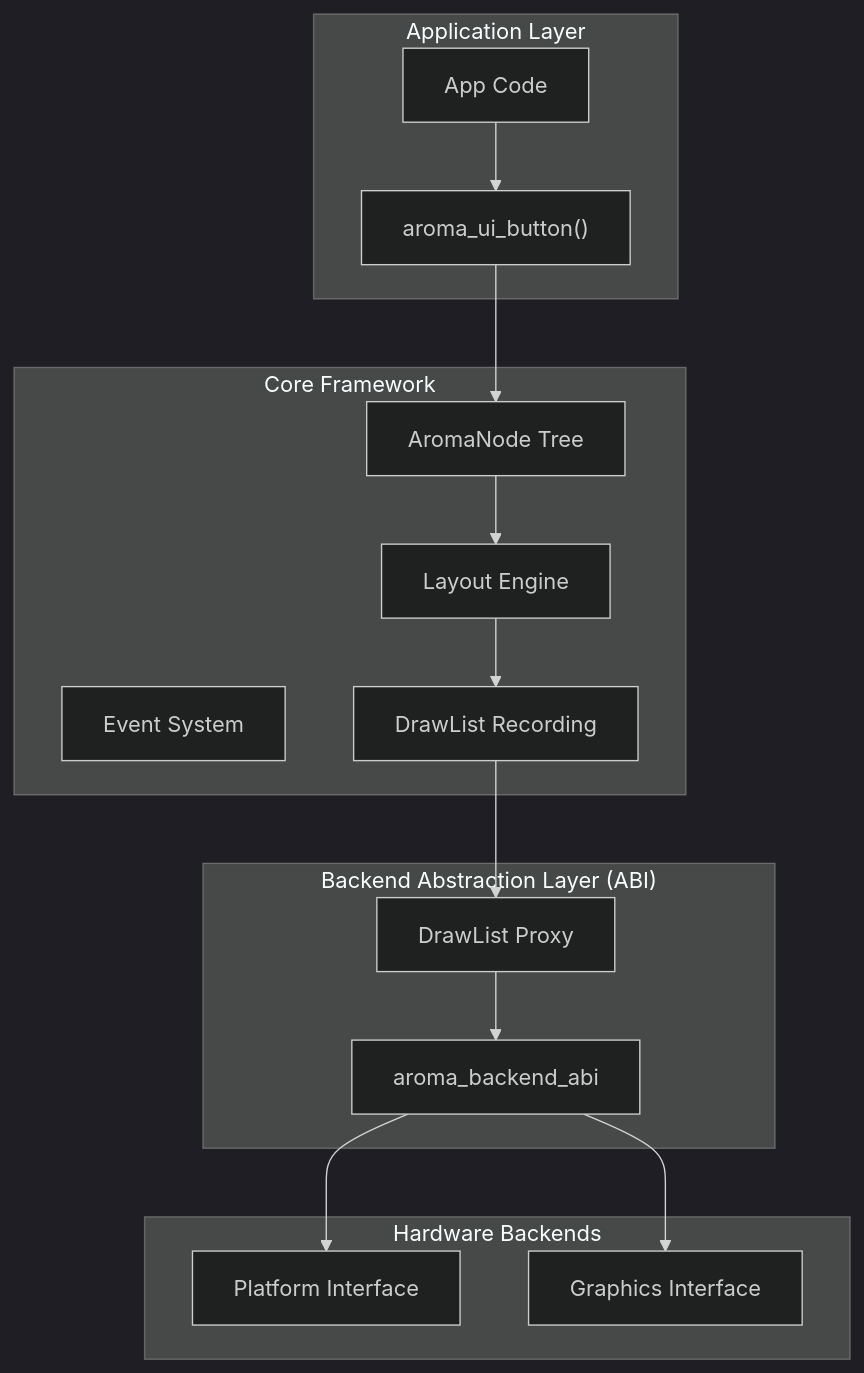
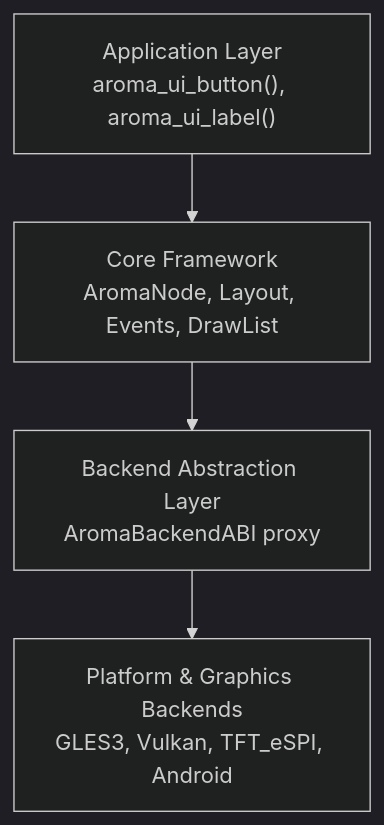
One commit to BinaryInkTN/AromaUI changed the first of 2 diagrams in docs/overview/Architecture-Overview.md. Above: the diagram before and after it, drawn with Mermaid (dark theme). The commit also changed other lines of this file and 2880 other files, not shown here.

````diff
--- a/docs/overview/Architecture-Overview.md
+++ b/docs/overview/Architecture-Overview.md
@@ -19,29 +6,11 @@
 ```mermaid
 flowchart TD
-    subgraph subGraph3 ["Hardware Backends"]
-        PLAT["Platform Interface"]
-        GRAPH["Graphics Interface"]
-    end
-    subgraph subGraph2 ["Backend Abstraction Layer (ABI)"]
-        ABI["aroma_backend_abi"]
-        PROXY["DrawList Proxy"]
-    end
-    subgraph subGraph1 ["Core Framework"]
-        NODE["AromaNode Tree"]
-        LAYOUT["Layout Engine"]
-        EVENT["Event System"]
-        DL["DrawList Recording"]
-    end
-    subgraph subGraph0 ["Application Layer"]
-        APP["App Code"]
-        WIDGETS["aroma_ui_button()"]
-    end
-    APP --> WIDGETS
-    WIDGETS --> NODE
-    NODE --> LAYOUT
-    LAYOUT --> DL
-    DL --> PROXY
-    PROXY --> ABI
-    ABI --> PLAT
-    ABI --> GRAPH
+    App["Application Layer<br/>aroma_ui_button(), aroma_ui_label()"]
+    Core["Core Framework<br/>AromaNode, Layout, Events, DrawList"]
+    ABI["Backend Abstraction Layer<br/>AromaBackendABI proxy"]
+    Backends["Platform & Graphics Backends<br/>GLES3, Vulkan, TFT_eSPI, Android"]
+    
+    App --> Core
+    Core --> ABI
+    ABI --> Backends
 ```
````
